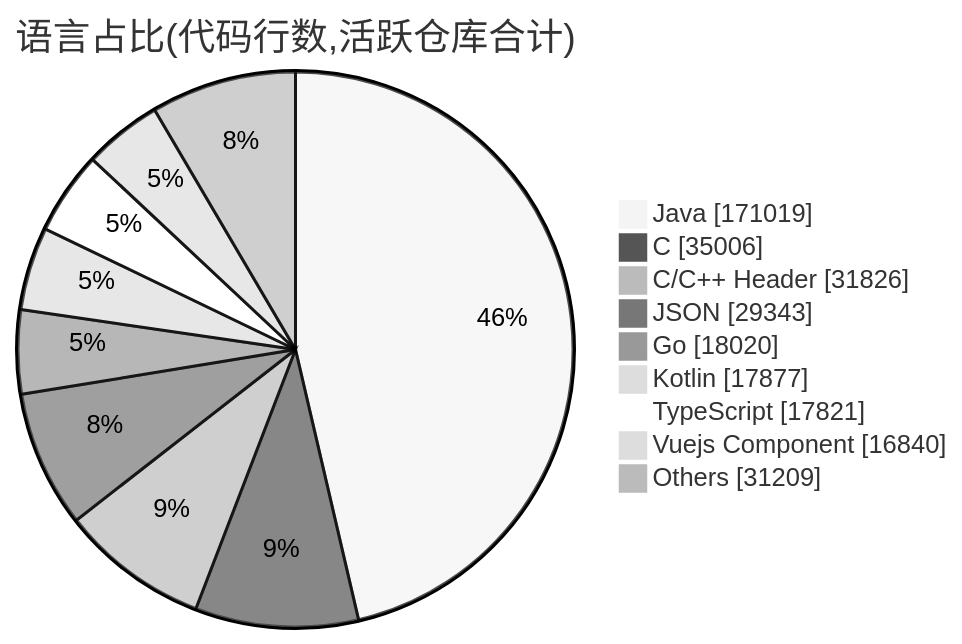
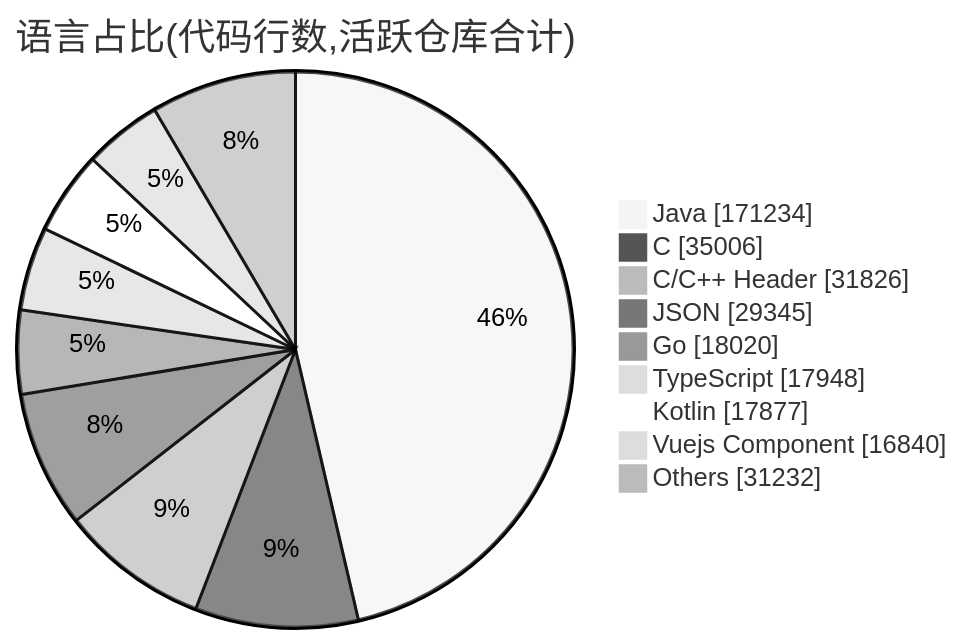
Before and after one commit to Conflux-Union/.github: the second of 2 diagrams in profile/README.md, drawn with Mermaid (neutral theme). The commit also changed other lines of this file and 1 other file, not shown here.

````diff
--- a/profile/README.md
+++ b/profile/README.md
@@ -79,13 +80,13 @@
 ```mermaid
 pie showData
     title 语言占比(代码行数,活跃仓库合计)
-    "Java" : 171019
+    "Java" : 171234
     "C" : 35006
     "C/C++ Header" : 31826
-    "JSON" : 29343
+    "JSON" : 29345
     "Go" : 18020
+    "TypeScript" : 17948
     "Kotlin" : 17877
-    "TypeScript" : 17821
     "Vuejs Component" : 16840
-    "Others" : 31209
+    "Others" : 31232
 ```
````
